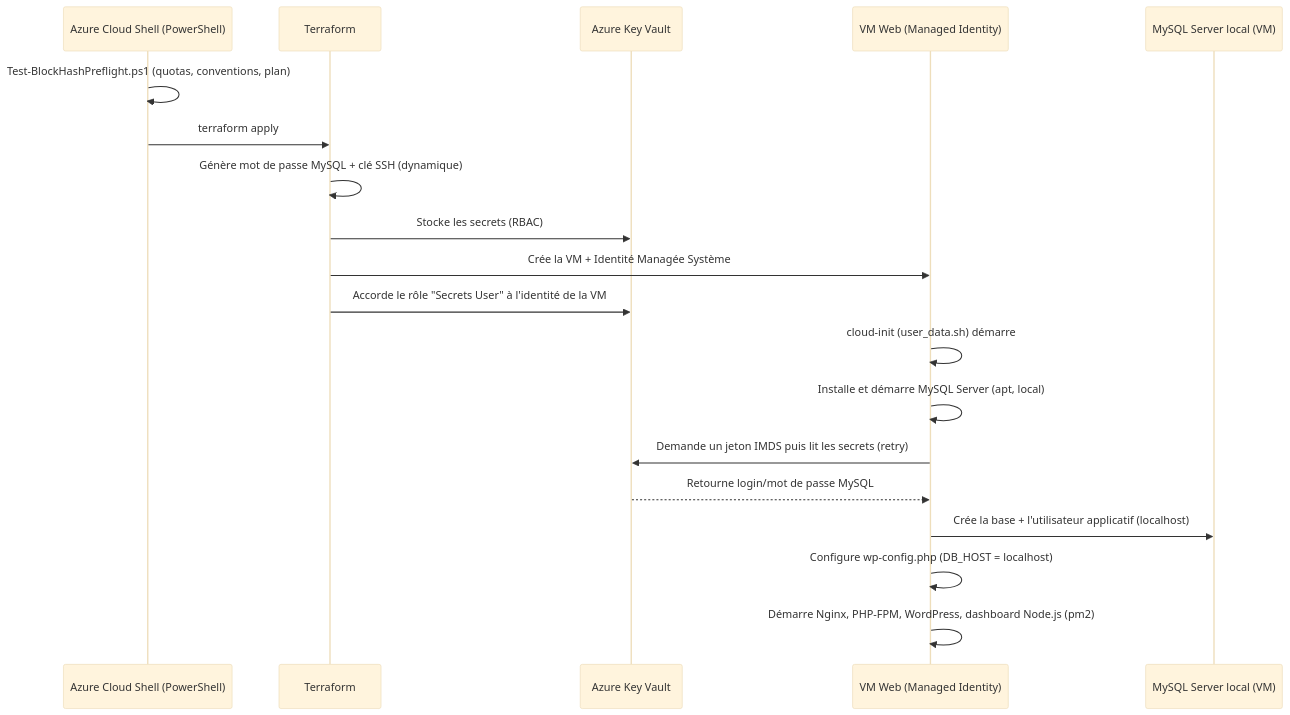
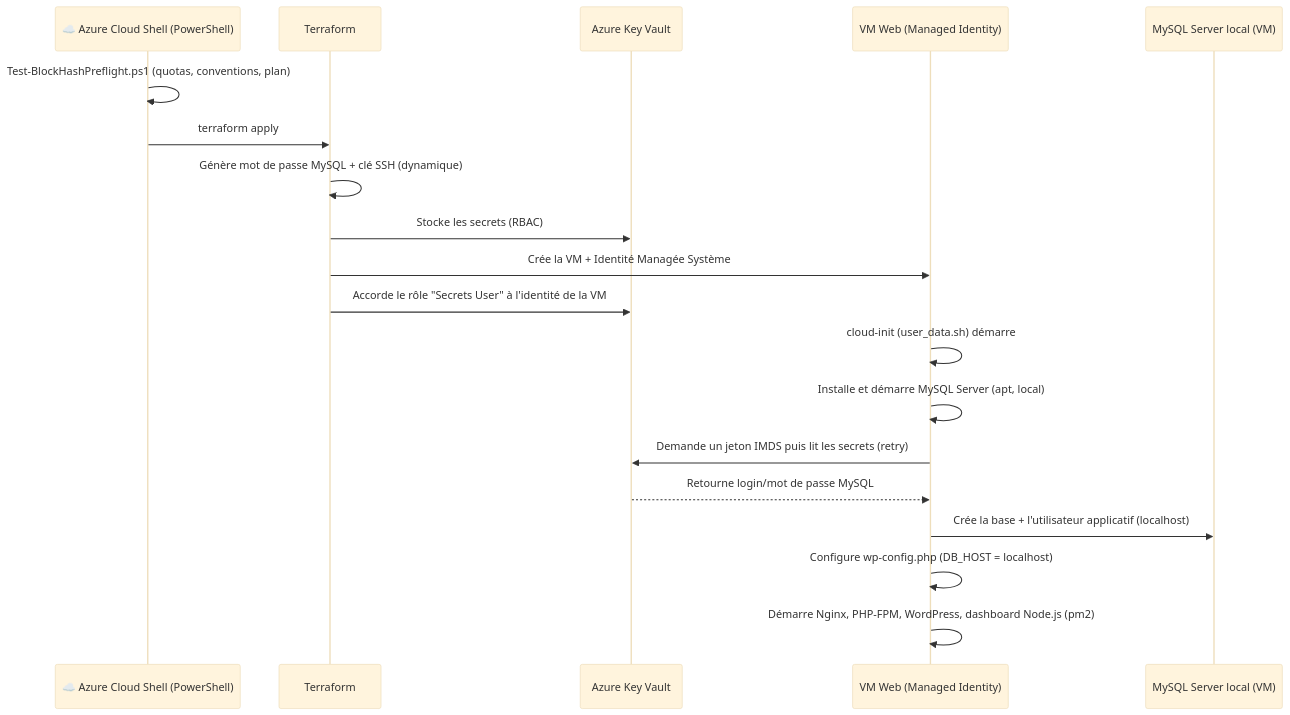
Before and after one commit to dspitech/blockhash-monitoring-wordpress: the second of 3 diagrams in README.md, drawn with Mermaid (base theme). The commit also changed other lines of this file and 11 other files, not shown here.

````diff
--- a/README.md
+++ b/README.md
@@ -99,22 +100,22 @@
 ```mermaid
 sequenceDiagram
-    participant Cloud as  Azure Cloud Shell (PowerShell)
+    participant Cloud as ☁️ Azure Cloud Shell (PowerShell)
     participant TF as Terraform
     participant KV as Azure Key Vault
     participant VM as VM Web (Managed Identity)
     participant MySQL as MySQL Server local (VM)
 
     Cloud->>Cloud: Test-BlockHashPreflight.ps1 (quotas, conventions, plan)
     Cloud->>TF: terraform apply
     TF->>TF: Génère mot de passe MySQL + clé SSH (dynamique)
     TF->>KV: Stocke les secrets (RBAC)
     TF->>VM: Crée la VM + Identité Managée Système
     TF->>KV: Accorde le rôle "Secrets User" à l'identité de la VM
     VM->>VM: cloud-init (user_data.sh) démarre
     VM->>VM: Installe et démarre MySQL Server (apt, local)
     VM->>KV: Demande un jeton IMDS puis lit les secrets (retry)
     KV-->>VM: Retourne login/mot de passe MySQL
     VM->>MySQL: Crée la base + l'utilisateur applicatif (localhost)
     VM->>VM: Configure wp-config.php (DB_HOST = localhost)
     VM->>VM: Démarre Nginx, PHP-FPM, WordPress, dashboard Node.js (pm2)
 ```
````
